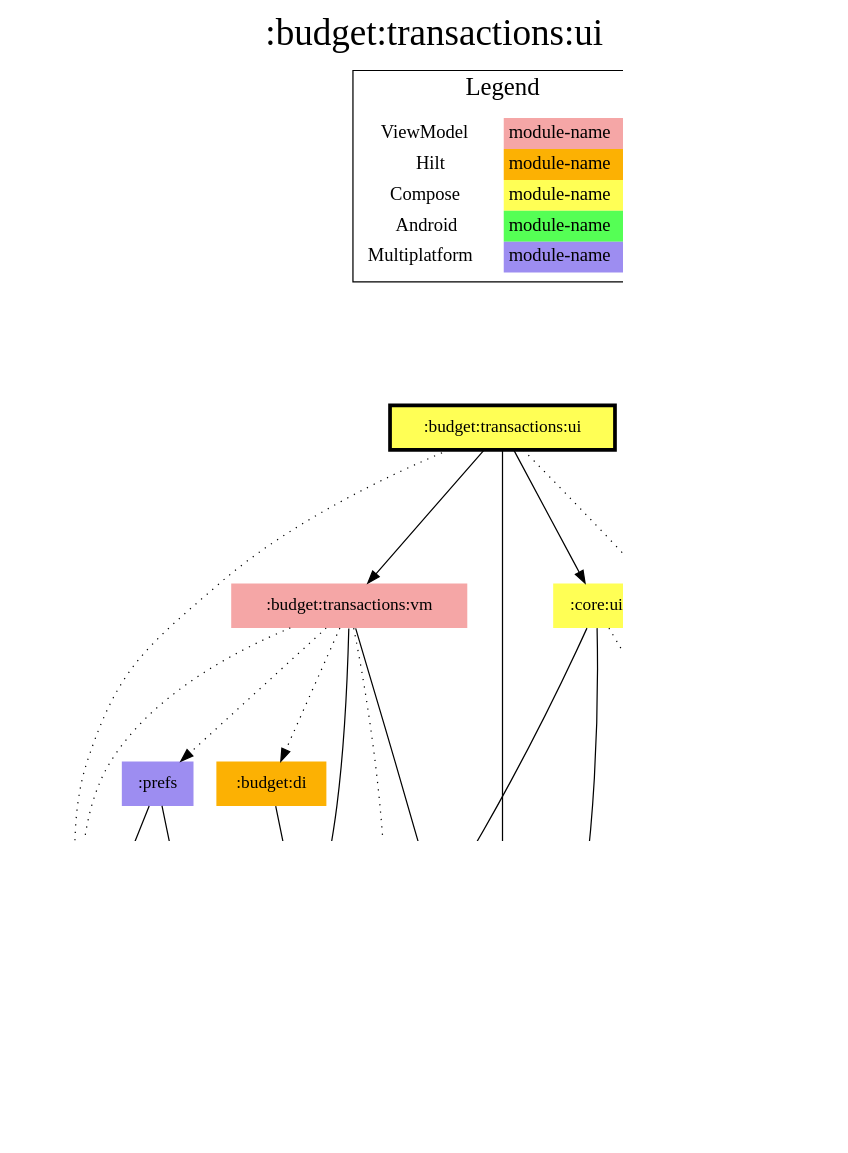
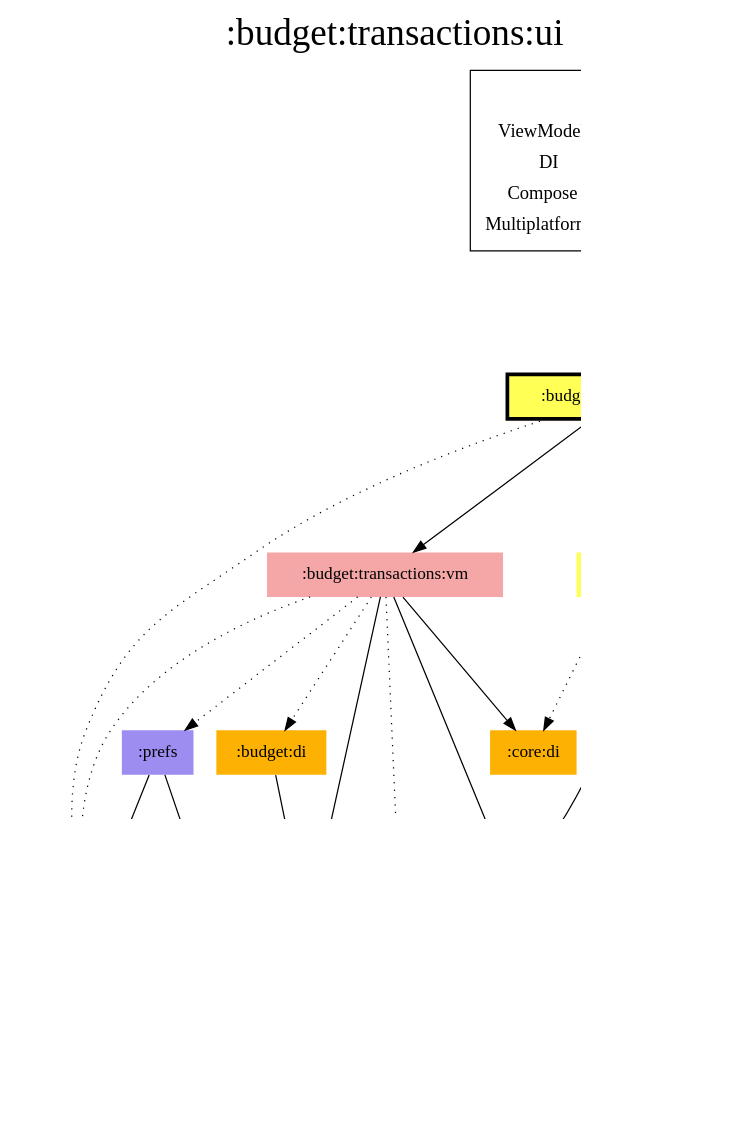
Before and after one commit to jonapoul/aktual: the diagram in modules/budget/transactions/ui/modules.dot, drawn with Graphviz. The commit also changed 719 other files, not shown here.

```diff
--- a/modules/budget/transactions/ui/modules.dot
+++ b/modules/budget/transactions/ui/modules.dot
@@ -1,56 +1,56 @@
 digraph {
 edge ["dir"="forward"]
 graph ["dpi"="100","label"=":budget:transactions:ui","labelloc"="t","fontsize"="30","ranksep"="1.5","rankdir"="TB"]
 node ["style"="filled"]
 ":account:model" ["fillcolor"="#9D8DF1","shape"="none"]
 ":budget:data" ["fillcolor"="#9D8DF1","shape"="none"]
 ":budget:di" ["fillcolor"="#FCB103","shape"="none"]
 ":budget:model" ["fillcolor"="#9D8DF1","shape"="none"]
 ":budget:transactions:ui" ["fillcolor"="#FFFF55","color"="black","penwidth"="3","shape"="box"]
 ":budget:transactions:vm" ["fillcolor"="#F5A6A6","shape"="none"]
-":core:android" ["fillcolor"="#55FF55","shape"="none"]
+":core:di" ["fillcolor"="#FCB103","shape"="none"]
 ":core:model" ["fillcolor"="#9D8DF1","shape"="none"]
 ":core:ui" ["fillcolor"="#FFFF55","shape"="none"]
 ":l10n" ["fillcolor"="#9D8DF1","shape"="none"]
 ":logging" ["fillcolor"="#9D8DF1","shape"="none"]
 ":prefs" ["fillcolor"="#9D8DF1","shape"="none"]
 {
 edge ["dir"="none"]
 graph ["rank"="same"]
 ":budget:transactions:ui"
 }
 ":budget:data" -> ":budget:model"
 ":budget:data" -> ":core:model"
 ":budget:data" -> ":logging" ["style"="dotted"]
 ":budget:di" -> ":budget:data"
 ":budget:transactions:ui" -> ":account:model" ["style"="dotted"]
 ":budget:transactions:ui" -> ":budget:model"
 ":budget:transactions:ui" -> ":budget:transactions:vm"
 ":budget:transactions:ui" -> ":core:ui"
 ":budget:transactions:ui" -> ":l10n" ["style"="dotted"]
 ":budget:transactions:vm" -> ":account:model" ["style"="dotted"]
 ":budget:transactions:vm" -> ":budget:data"
 ":budget:transactions:vm" -> ":budget:di" ["style"="dotted"]
 ":budget:transactions:vm" -> ":budget:model"
+":budget:transactions:vm" -> ":core:di"
 ":budget:transactions:vm" -> ":logging" ["style"="dotted"]
 ":budget:transactions:vm" -> ":prefs" ["style"="dotted"]
 ":core:ui" -> ":budget:model"
-":core:ui" -> ":core:android" ["style"="dotted"]
+":core:ui" -> ":core:di" ["style"="dotted"]
 ":core:ui" -> ":core:model"
 ":core:ui" -> ":l10n" ["style"="dotted"]
 ":prefs" -> ":account:model"
 ":prefs" -> ":core:model"
 subgraph "cluster_legend" {
 edge ["dir"="none"]
 graph ["label"="Legend","fontsize"="20"]
 "Legend" ["style"="filled","fillcolor"="#FFFFFF","shape"="none","margin"="0","fontsize"="15","label"=<
 <TABLE BORDER="0" CELLBORDER="0" CELLSPACING="0" CELLPADDING="4">
 <TR><TD>ViewModel</TD><TD BGCOLOR="#F5A6A6">module-name</TD></TR>
-<TR><TD>Hilt</TD><TD BGCOLOR="#FCB103">module-name</TD></TR>
+<TR><TD>DI</TD><TD BGCOLOR="#FCB103">module-name</TD></TR>
 <TR><TD>Compose</TD><TD BGCOLOR="#FFFF55">module-name</TD></TR>
-<TR><TD>Android</TD><TD BGCOLOR="#55FF55">module-name</TD></TR>
 <TR><TD>Multiplatform</TD><TD BGCOLOR="#9D8DF1">module-name</TD></TR>
 </TABLE>
 >]
 } -> ":budget:transactions:ui" ["style"="invis"]
 }
```
